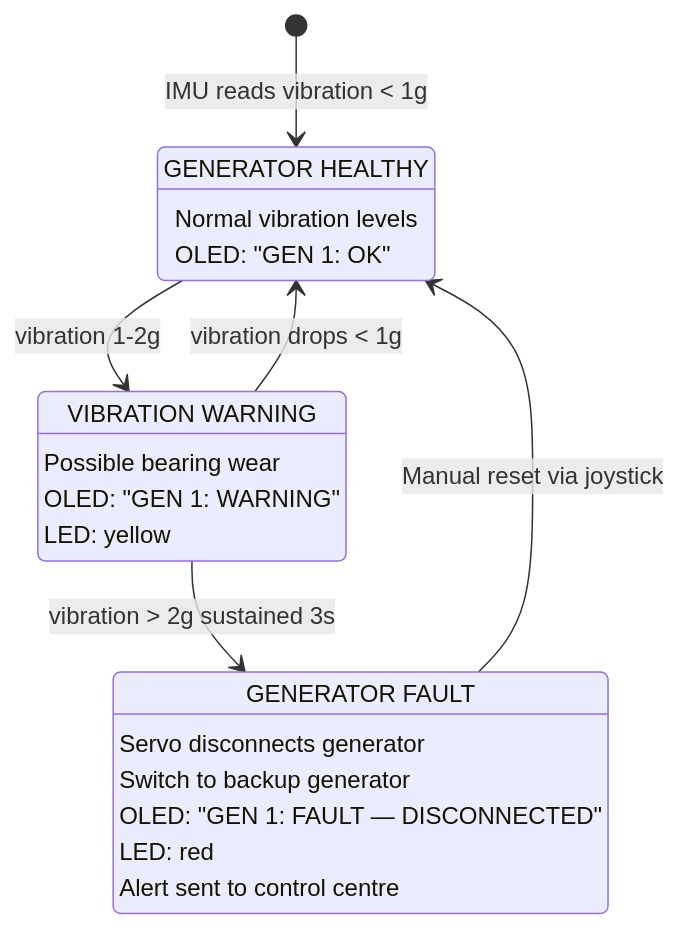
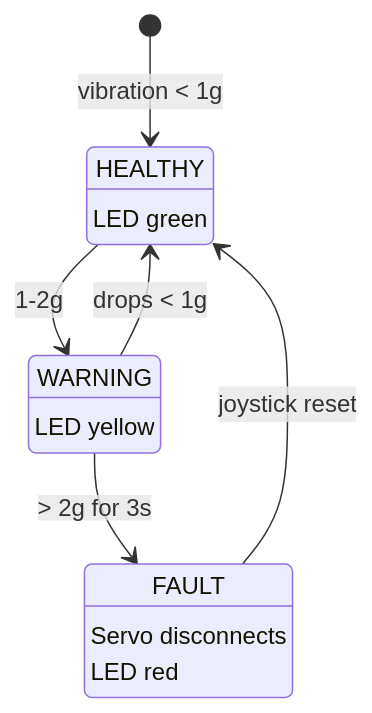
The sixth of 14 diagrams in docs/gridbox-proposal.md (doyun-gu/hack-a-bot-2026), drawn with Mermaid before and after one commit. The commit also changed other lines of this file and 3 other files, not shown here.

First line of the commit message:
Clean up diagrams + add EEE theory + ventilation application

````diff
--- a/docs/gridbox-proposal.md
+++ b/docs/gridbox-proposal.md
@@ -199,28 +188,21 @@
 ```mermaid
 stateDiagram-v2
-    [*] --> HEALTHY: IMU reads vibration < 1g
+    [*] --> HEALTHY: vibration < 1g
 
-    HEALTHY: GENERATOR HEALTHY
-    HEALTHY: Normal vibration levels
-    HEALTHY: OLED: "GEN 1: OK"
+    HEALTHY: HEALTHY
+    HEALTHY: LED green
 
-    HEALTHY --> WARNING: vibration 1-2g
+    HEALTHY --> WARNING: 1-2g
 
-    WARNING: VIBRATION WARNING
-    WARNING: Possible bearing wear
-    WARNING: OLED: "GEN 1: WARNING"
-    WARNING: LED: yellow
+    WARNING: WARNING
+    WARNING: LED yellow
 
-    WARNING --> HEALTHY: vibration drops < 1g
+    WARNING --> HEALTHY: drops < 1g
+    WARNING --> FAULT: > 2g for 3s
 
-    WARNING --> FAULT: vibration > 2g sustained 3s
+    FAULT: FAULT
+    FAULT: Servo disconnects
+    FAULT: LED red
 
-    FAULT: GENERATOR FAULT
-    FAULT: Servo disconnects generator
-    FAULT: Switch to backup generator
-    FAULT: OLED: "GEN 1: FAULT — DISCONNECTED"
-    FAULT: LED: red
-    FAULT: Alert sent to control centre
-
-    FAULT --> HEALTHY: Manual reset via joystick
+    FAULT --> HEALTHY: joystick reset
 ```
````
